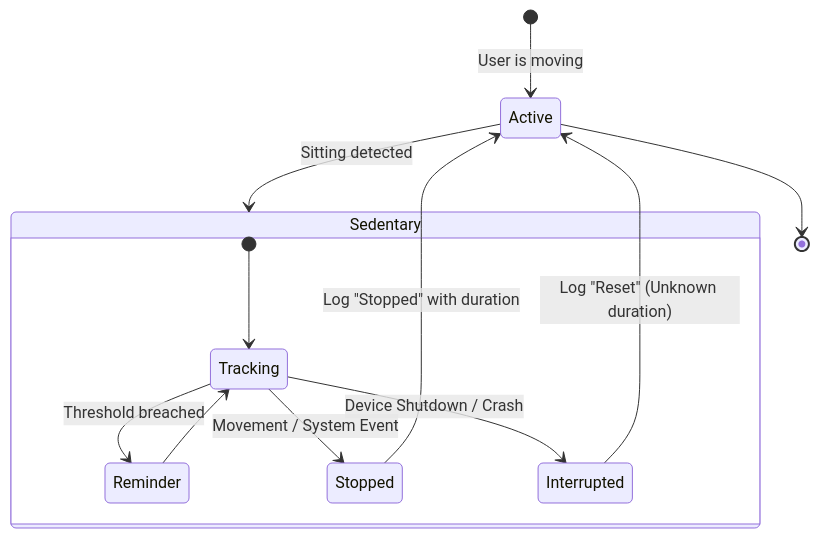
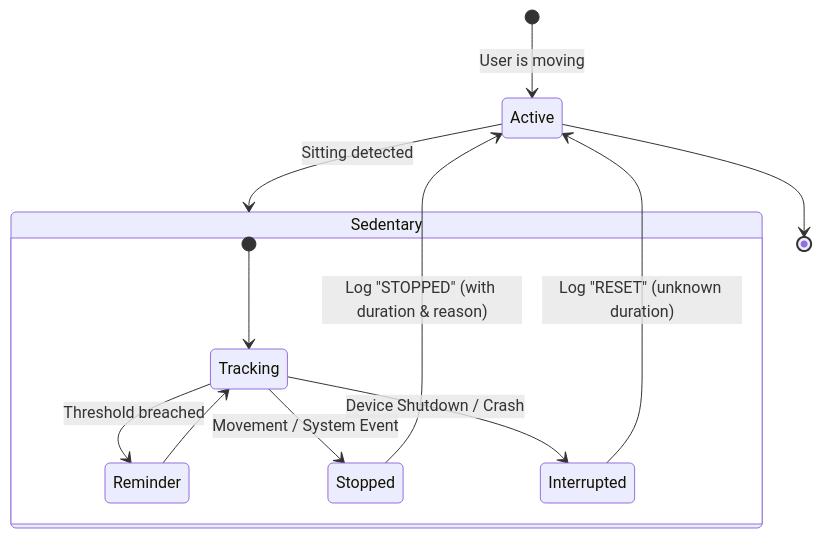
One commit to RychEmrycho/smartr changed the diagram in README.md. Above: the diagram before and after it, drawn with Mermaid. The commit also changed other lines of this file and 6 other files, not shown here.

Commit message:
feat(wear): implement generic event architecture with RFC3339 and JSON metadata

````diff
--- a/README.md
+++ b/README.md
@@ -11,19 +13,19 @@
 ```mermaid
 stateDiagram-v2
     [*] --> Active: User is moving
     Active --> Sedentary: Sitting detected
     
     state Sedentary {
         [*] --> Tracking
         Tracking --> Reminder: Threshold breached
         Reminder --> Tracking
         
         Tracking --> Stopped: Movement / System Event
         Tracking --> Interrupted: Device Shutdown / Crash
     }
     
-    Stopped --> Active: Log "Stopped" with duration
-    Interrupted --> Active: Log "Reset" (Unknown duration)
+    Stopped --> Active: Log "STOPPED" (with duration & reason)
+    Interrupted --> Active: Log "RESET" (unknown duration)
     
     Active --> [*]
 ```
````
